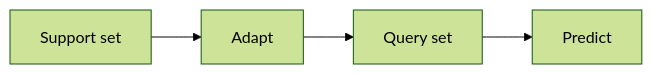
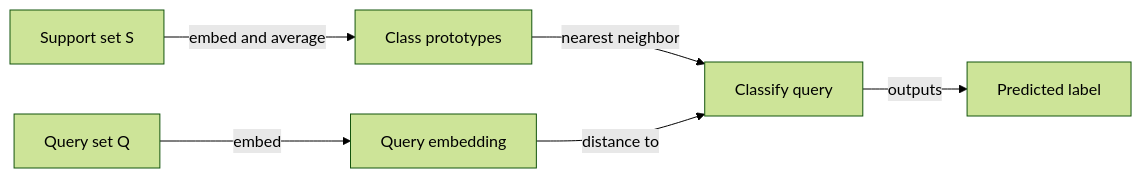
Before and after one commit to EmersonBraun/ai-summary-hub: the first of 2 diagrams in docs/few-shot-learning/index.md, drawn with Mermaid (forest theme). The commit also changed other lines of this file and 77 other files, not shown here.

````diff
--- a/docs/few-shot-learning/index.md
+++ b/docs/few-shot-learning/index.md
@@ -19,6 +37,8 @@
 ```mermaid
 flowchart LR
-  Support[Support set] --> Adapt[Adapt]
-  Adapt --> Query[Query set]
-  Query --> Predict[Predict]
+  Support[Support set S] -->|embed and average| Prototypes[Class prototypes]
+  Prototypes -->|nearest neighbor| Classify[Classify query]
+  Query[Query set Q] -->|embed| QueryEmb[Query embedding]
+  QueryEmb -->|distance to| Classify
+  Classify -->|outputs| Prediction[Predicted label]
 ```
````
